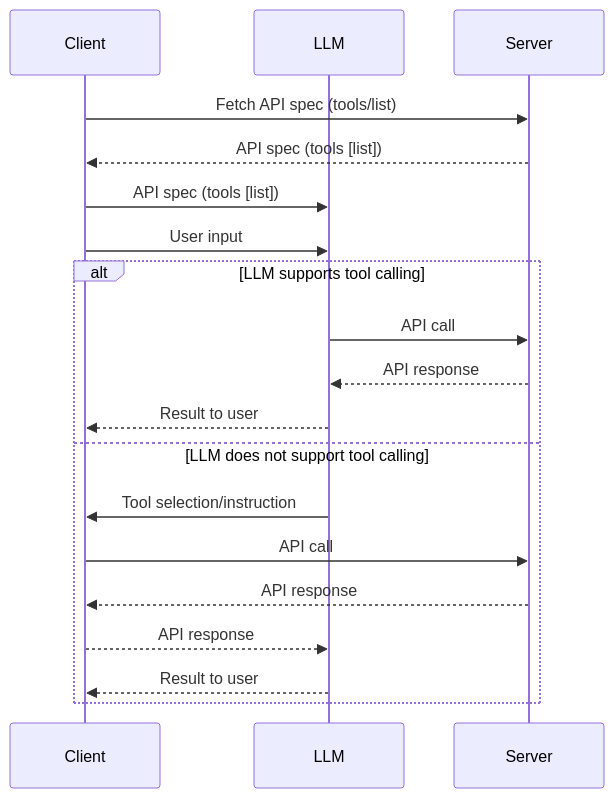
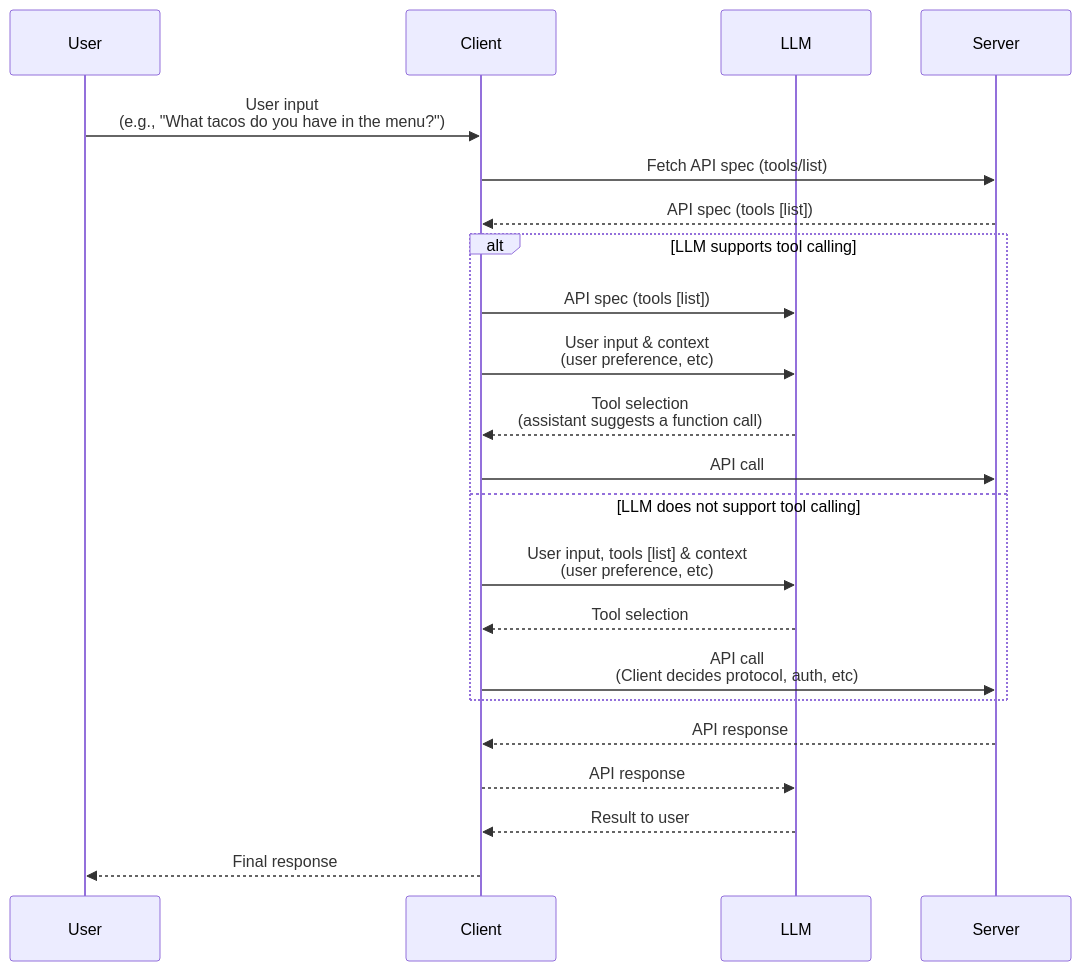
The diagram in blog/oas-v4-is-out.mdx (la-rebelion/mcp-website), drawn with Mermaid before and after one commit. The commit also changed 3 other files, not shown here.

````diff
--- a/blog/oas-v4-is-out.mdx
+++ b/blog/oas-v4-is-out.mdx
@@ -45,21 +45,24 @@
 ```mermaid
 sequenceDiagram
+  participant U as User
   participant C as Client
   participant L as LLM
   participant S as Server
+  U->>C: User input<br/>(e.g., "What tacos do you have in the menu?")
   C->>S: Fetch API spec (tools/list)
   S-->>C: API spec (tools [list])
-  C->>L: API spec (tools [list])
-  C->>L: User input
   alt LLM supports tool calling
-    L->>S: API call
-    S-->>L: API response
-    L-->>C: Result to user
+    C->>L: API spec (tools [list])
+    C->>L: User input & context<br/>(user preference, etc)
+    L-->>C: Tool selection<br/>(assistant suggests a function call)
+    C->>S: API call
   else LLM does not support tool calling
-    L->>C: Tool selection/instruction
-    C->>S: API call
-    S-->>C: API response
-    C-->>L: API response
-    L-->>C: Result to user
+    C->>L: User input, tools [list] & context<br/>(user preference, etc)
+    L-->>C: Tool selection
+    C->>S: API call<br/>(Client decides protocol, auth, etc)
   end
+  S-->>C: API response
+  C-->>L: API response
+  L-->>C: Result to user
+  C-->>U: Final response
 ```
````
